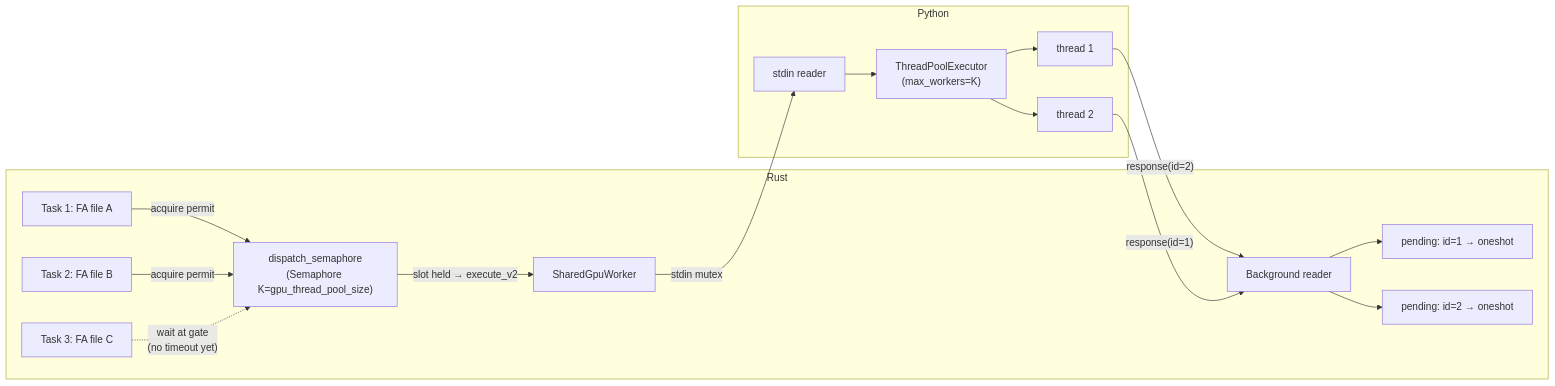
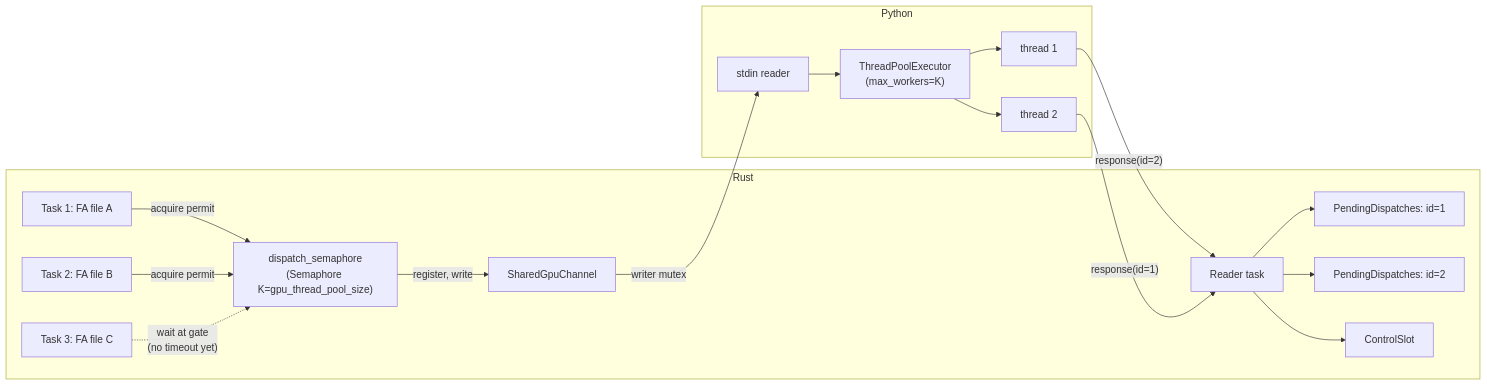
One commit to FranklinChen/talkbank-tools changed the third of 3 diagrams in book/src/batchalign/developer/worker-protocol-v2.md. Above: the diagram before and after it, drawn with Mermaid. The commit also changed other lines of this file and 470 other files, not shown here.

````diff
--- a/book/src/batchalign/developer/worker-protocol-v2.md
+++ b/book/src/batchalign/developer/worker-protocol-v2.md
@@ -951,32 +966,34 @@
 ```mermaid
 flowchart LR
     subgraph Rust
         t1["Task 1: FA file A"]
         t2["Task 2: FA file B"]
         t3["Task 3: FA file C"]
         sem["dispatch_semaphore\n(Semaphore K=gpu_thread_pool_size)"]
-        gpu["SharedGpuWorker"]
-        reader["Background reader"]
-        p1["pending: id=1 → oneshot"]
-        p2["pending: id=2 → oneshot"]
+        chan["SharedGpuChannel"]
+        reader["Reader task"]
+        p1["PendingDispatches: id=1"]
+        p2["PendingDispatches: id=2"]
+        ctl["ControlSlot"]
     end
     subgraph Python
         stdin["stdin reader"]
         pool["ThreadPoolExecutor\n(max_workers=K)"]
         th1["thread 1"]
         th2["thread 2"]
     end
 
     t1 -->|"acquire permit"| sem
     t2 -->|"acquire permit"| sem
     t3 -. "wait at gate\n(no timeout yet)" .-> sem
-    sem -->|"slot held → execute_v2"| gpu
-    gpu -->|"stdin mutex"| stdin
+    sem -->|"register, write"| chan
+    chan -->|"writer mutex"| stdin
     stdin --> pool
     pool --> th1
     pool --> th2
     th1 -->|"response(id=2)"| reader
     th2 -->|"response(id=1)"| reader
     reader --> p1
     reader --> p2
+    reader --> ctl
 ```
````
